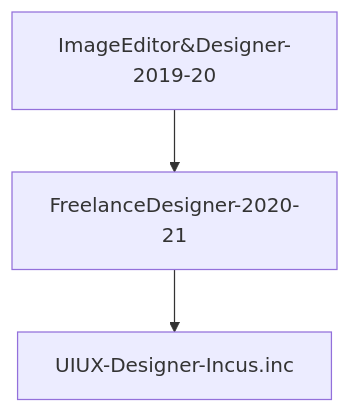
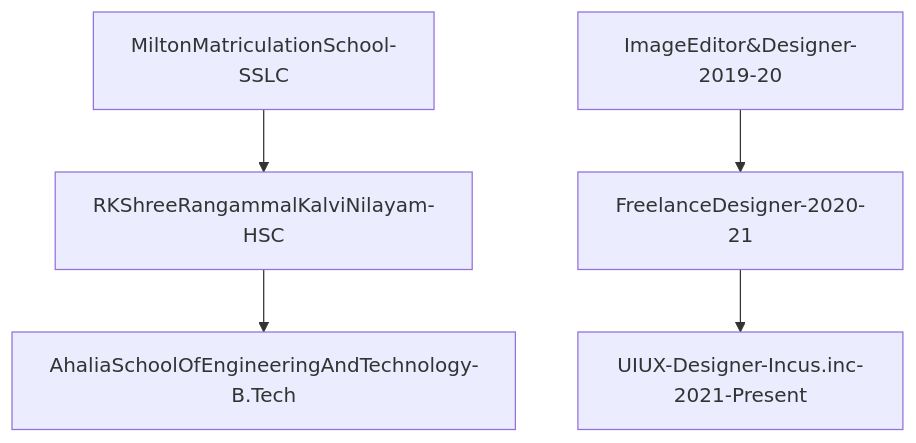
Before and after one commit to hariprasd/hariprasd: the diagram in README.md, drawn with Mermaid. The commit also changed other lines of this file, not shown here.

````diff
--- a/README.md
+++ b/README.md
@@ -44,5 +33,7 @@
 ```mermaid
 graph TD;
+    MiltonMatriculationSchool-SSLC-->RKShreeRangammalKalviNilayam-HSC;
+    RKShreeRangammalKalviNilayam-HSC-->AhaliaSchoolOfEngineeringAndTechnology-B.Tech;
     ImageEditor&Designer-2019-20-->FreelanceDesigner-2020-21;
-    FreelanceDesigner-2020-21-->UIUX-Designer-Incus.inc;
+    FreelanceDesigner-2020-21-->UIUX-Designer-Incus.inc-2021-Present;
 ```
````
